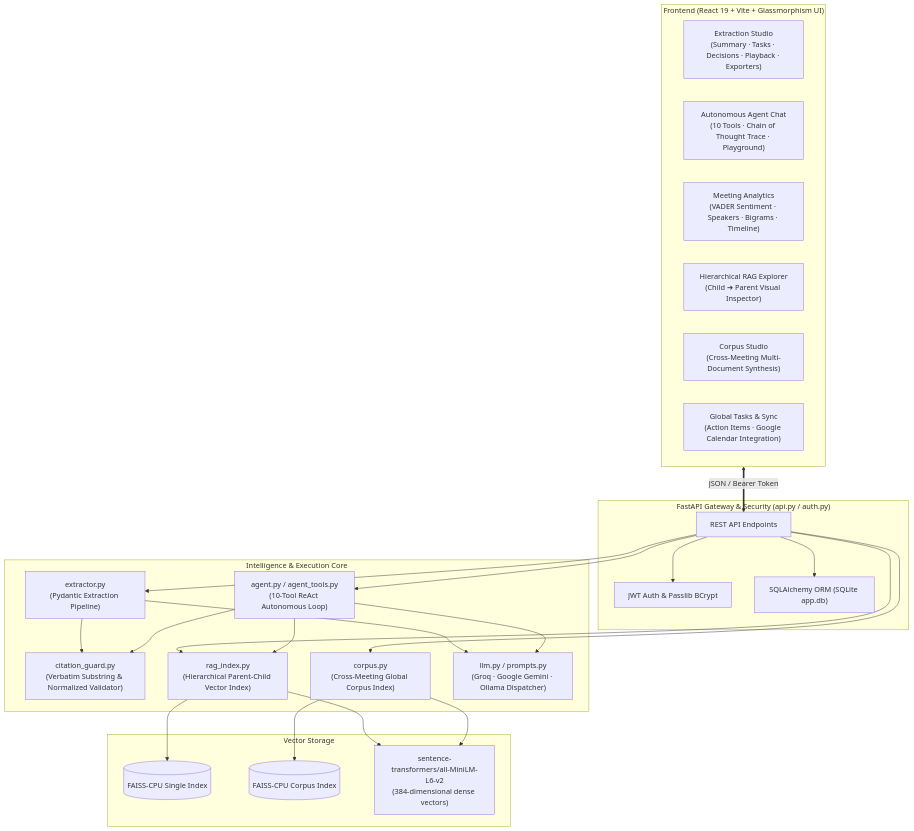
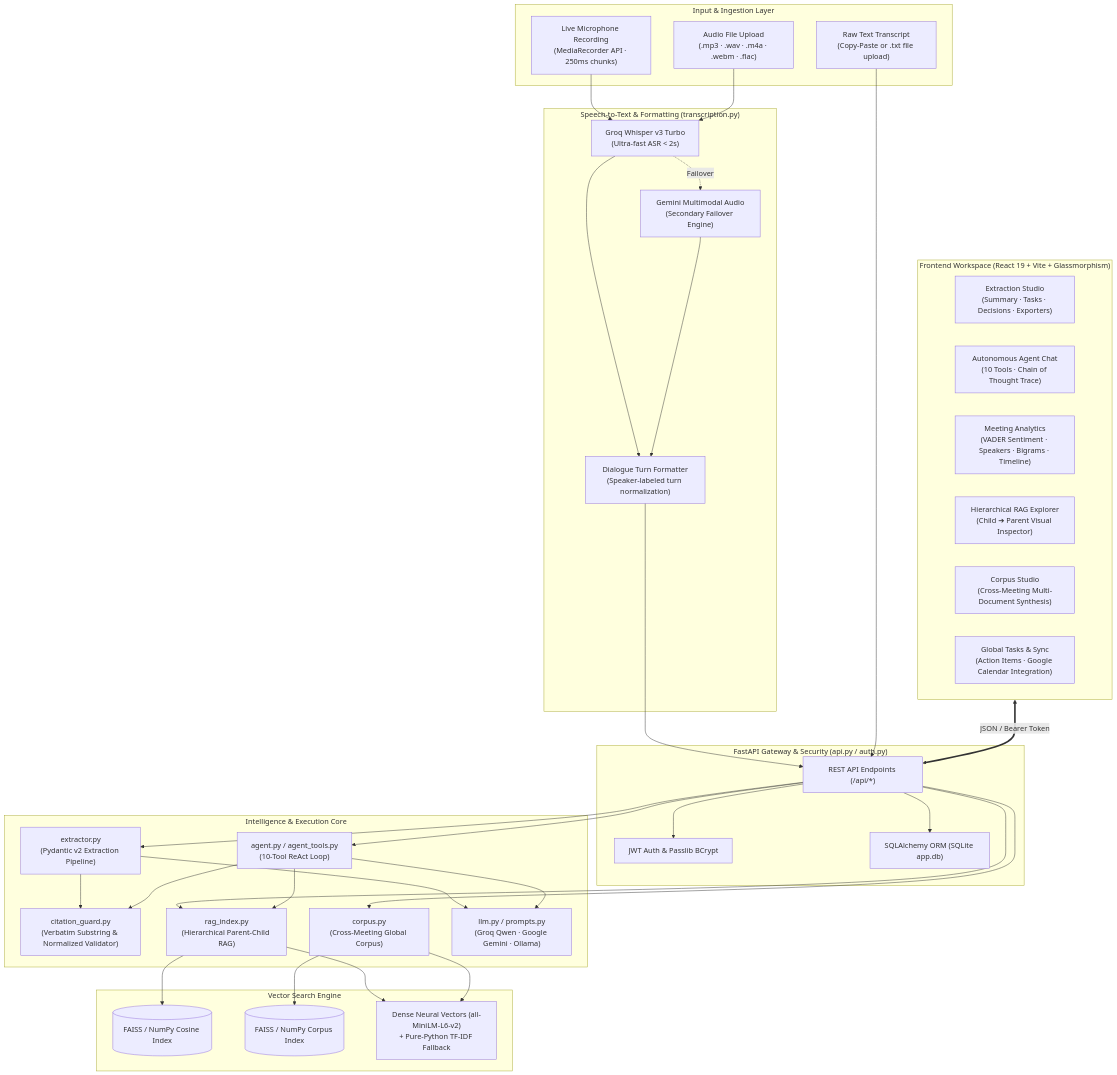
The diagram in README.md (aaritmehta15/MeetingMind), drawn with Mermaid before and after one commit. The commit also changed other lines of this file and 4 other files, not shown here.

Commit message:
Enhance repository documentation, add audio ASR architecture, component guides, and MIT license

````diff
--- a/README.md
+++ b/README.md
@@ -49,53 +58,73 @@
 ```mermaid
 flowchart TD
-    subgraph UI ["Frontend (React 19 + Vite + Glassmorphism UI)"]
-        ES["Extraction Studio\n(Summary · Tasks · Decisions · Playback · Exporters)"]
-        AC["Autonomous Agent Chat\n(10 Tools · Chain of Thought Trace · Playground)"]
+    subgraph Input_Layer ["Input & Ingestion Layer"]
+        Mic["Live Microphone Recording\n(MediaRecorder API · 250ms chunks)"]
+        AudioFile["Audio File Upload\n(.mp3 · .wav · .m4a · .webm · .flac)"]
+        TextTranscript["Raw Text Transcript\n(Copy-Paste or .txt file upload)"]
+    end
+
+    subgraph ASR_Layer ["Speech-to-Text & Formatting (transcription.py)"]
+        Whisper["Groq Whisper v3 Turbo\n(Ultra-fast ASR < 2s)"]
+        GeminiAudio["Gemini Multimodal Audio\n(Secondary Failover Engine)"]
+        TurnFormatter["Dialogue Turn Formatter\n(Speaker-labeled turn normalization)"]
+    end
+
+    subgraph UI ["Frontend Workspace (React 19 + Vite + Glassmorphism)"]
+        ES["Extraction Studio\n(Summary · Tasks · Decisions · Exporters)"]
+        AC["Autonomous Agent Chat\n(10 Tools · Chain of Thought Trace)"]
         MA["Meeting Analytics\n(VADER Sentiment · Speakers · Bigrams · Timeline)"]
         RE["Hierarchical RAG Explorer\n(Child ➔ Parent Visual Inspector)"]
         CS["Corpus Studio\n(Cross-Meeting Multi-Document Synthesis)"]
         GT["Global Tasks & Sync\n(Action Items · Google Calendar Integration)"]
     end
 
     subgraph API_Layer ["FastAPI Gateway & Security (api.py / auth.py)"]
         JWT["JWT Auth & Passlib BCrypt"]
-        Endpoints["REST API Endpoints"]
+        Endpoints["REST API Endpoints (/api/*)"]
         ORM["SQLAlchemy ORM (SQLite app.db)"]
     end
 
     subgraph Intelligence_Core ["Intelligence & Execution Core"]
-        Extractor["extractor.py\n(Pydantic Extraction Pipeline)"]
+        Extractor["extractor.py\n(Pydantic v2 Extraction Pipeline)"]
         Guard["citation_guard.py\n(Verbatim Substring & Normalized Validator)"]
-        SingleRAG["rag_index.py\n(Hierarchical Parent-Child Vector Index)"]
-        CorpusRAG["corpus.py\n(Cross-Meeting Global Corpus Index)"]
-        ReActAgent["agent.py / agent_tools.py\n(10-Tool ReAct Autonomous Loop)"]
-        LLMDispatch["llm.py / prompts.py\n(Groq · Google Gemini · Ollama Dispatcher)"]
+        SingleRAG["rag_index.py\n(Hierarchical Parent-Child RAG)"]
+        CorpusRAG["corpus.py\n(Cross-Meeting Global Corpus)"]
+        ReActAgent["agent.py / agent_tools.py\n(10-Tool ReAct Loop)"]
+        LLMDispatch["llm.py / prompts.py\n(Groq Qwen · Google Gemini · Ollama)"]
     end
 
-    subgraph Vector_DB ["Vector Storage"]
-        FAISS_Single[(FAISS-CPU Single Index)]
-        FAISS_Corpus[(FAISS-CPU Corpus Index)]
-        SentenceTransformer["sentence-transformers/all-MiniLM-L6-v2\n(384-dimensional dense vectors)"]
+    subgraph Vector_DB ["Vector Search Engine"]
+        FAISS_Single[(FAISS / NumPy Cosine Index)]
+        FAISS_Corpus[(FAISS / NumPy Corpus Index)]
+        Embeddings["Dense Neural Vectors (all-MiniLM-L6-v2)\n+ Pure-Python TF-IDF Fallback"]
     end
+
+    Mic --> Whisper
+    AudioFile --> Whisper
+    Whisper -. Failover .-> GeminiAudio
+    Whisper --> TurnFormatter
+    GeminiAudio --> TurnFormatter
+    TurnFormatter --> Endpoints
+    TextTranscript --> Endpoints
 
     UI <==>|JSON / Bearer Token| Endpoints
     Endpoints --> JWT
     Endpoints --> ORM
     Endpoints --> Extractor
     Endpoints --> SingleRAG
     Endpoints --> CorpusRAG
     Endpoints --> ReActAgent
     
     Extractor --> LLMDispatch
     Extractor --> Guard
     
-    SingleRAG --> SentenceTransformer
+    SingleRAG --> Embeddings
     SingleRAG --> FAISS_Single
     
-    CorpusRAG --> SentenceTransformer
+    CorpusRAG --> Embeddings
     CorpusRAG --> FAISS_Corpus
     
     ReActAgent --> LLMDispatch
     ReActAgent --> SingleRAG
     ReActAgent --> Guard
 ```
````
